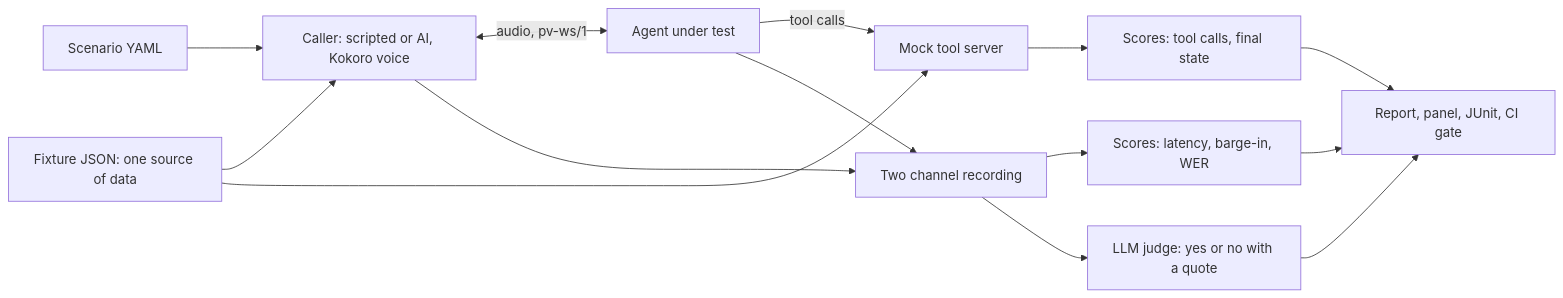
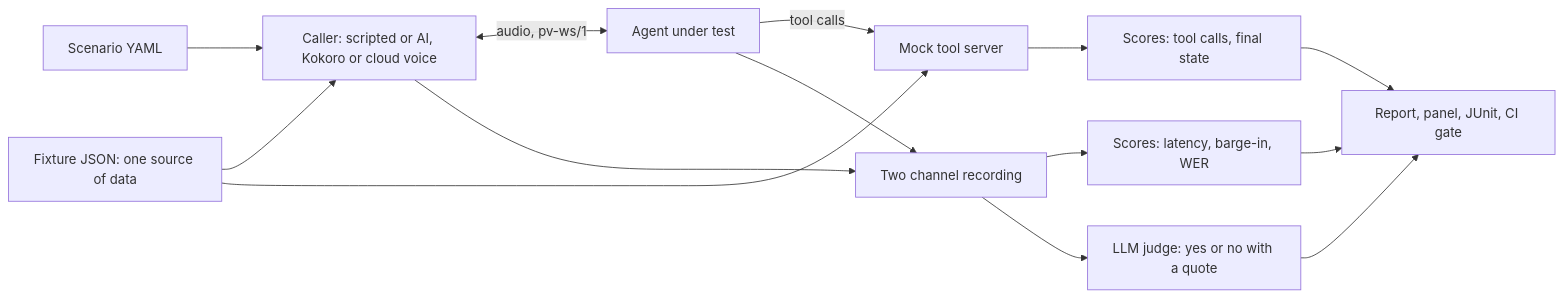
The diagram in README.md (Gordon-Web-Studio/panchovoice), drawn with Mermaid before and after one commit. The commit also changed other lines of this file and 20 other files, not shown here.

First line of the commit message:
feat: ElevenLabs Agents adapter and cloud voice providers

````diff
--- a/README.md
+++ b/README.md
@@ -27,16 +27,16 @@
 ```mermaid
 flowchart LR
-  S[Scenario YAML] --> C[Caller: scripted or AI, Kokoro voice]
+  S[Scenario YAML] --> C[Caller: scripted or AI, Kokoro or cloud voice]
   F[Fixture JSON: one source of data] --> C
   F --> M[Mock tool server]
   C <-- "audio, pv-ws/1" --> A[Agent under test]
   A -- "tool calls" --> M
   C --> R[Two channel recording]
   A --> R
   R --> X[Scores: latency, barge-in, WER]
   M --> Y[Scores: tool calls, final state]
   R --> J[LLM judge: yes or no with a quote]
   X --> O[Report, panel, JUnit, CI gate]
   Y --> O
   J --> O
 ```
````
